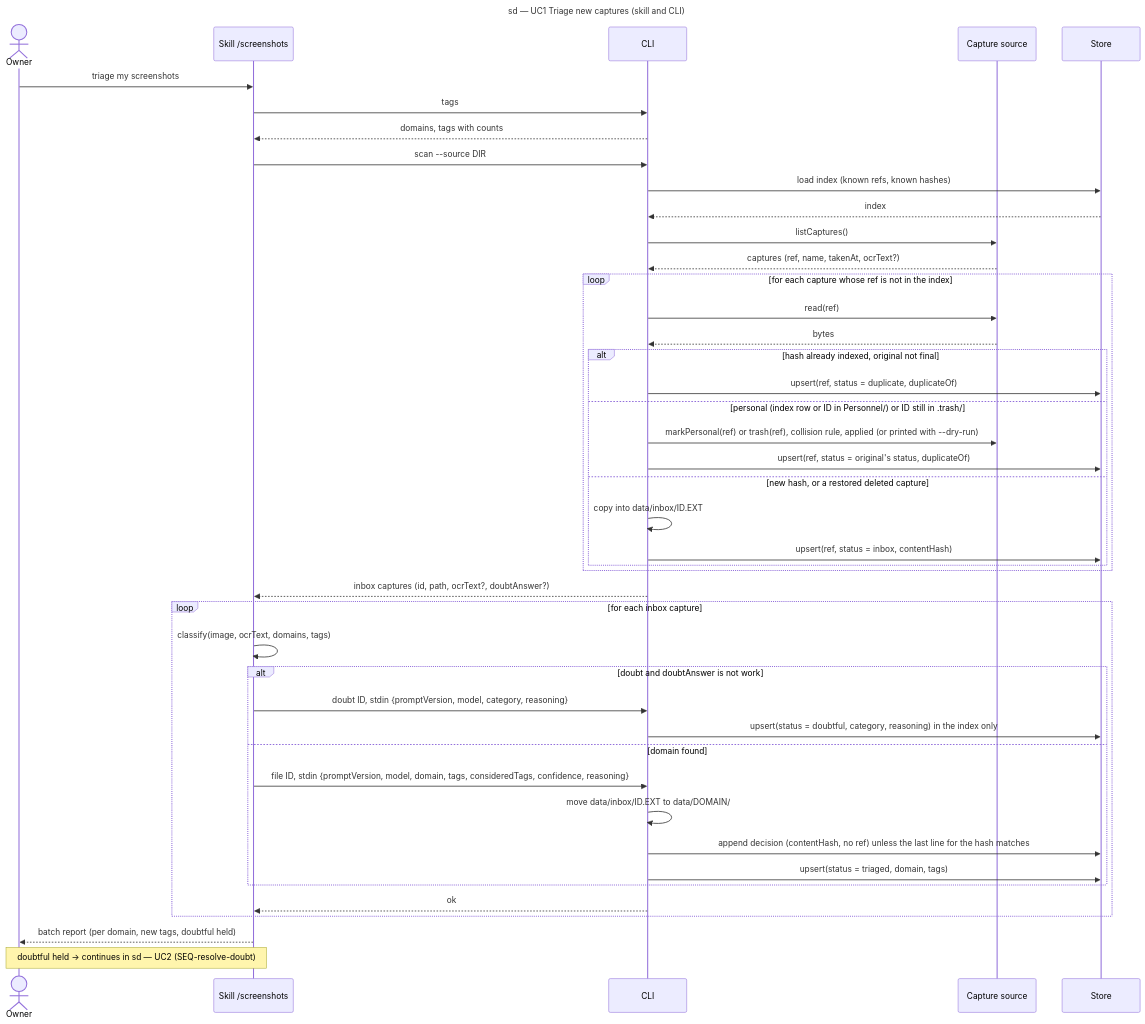
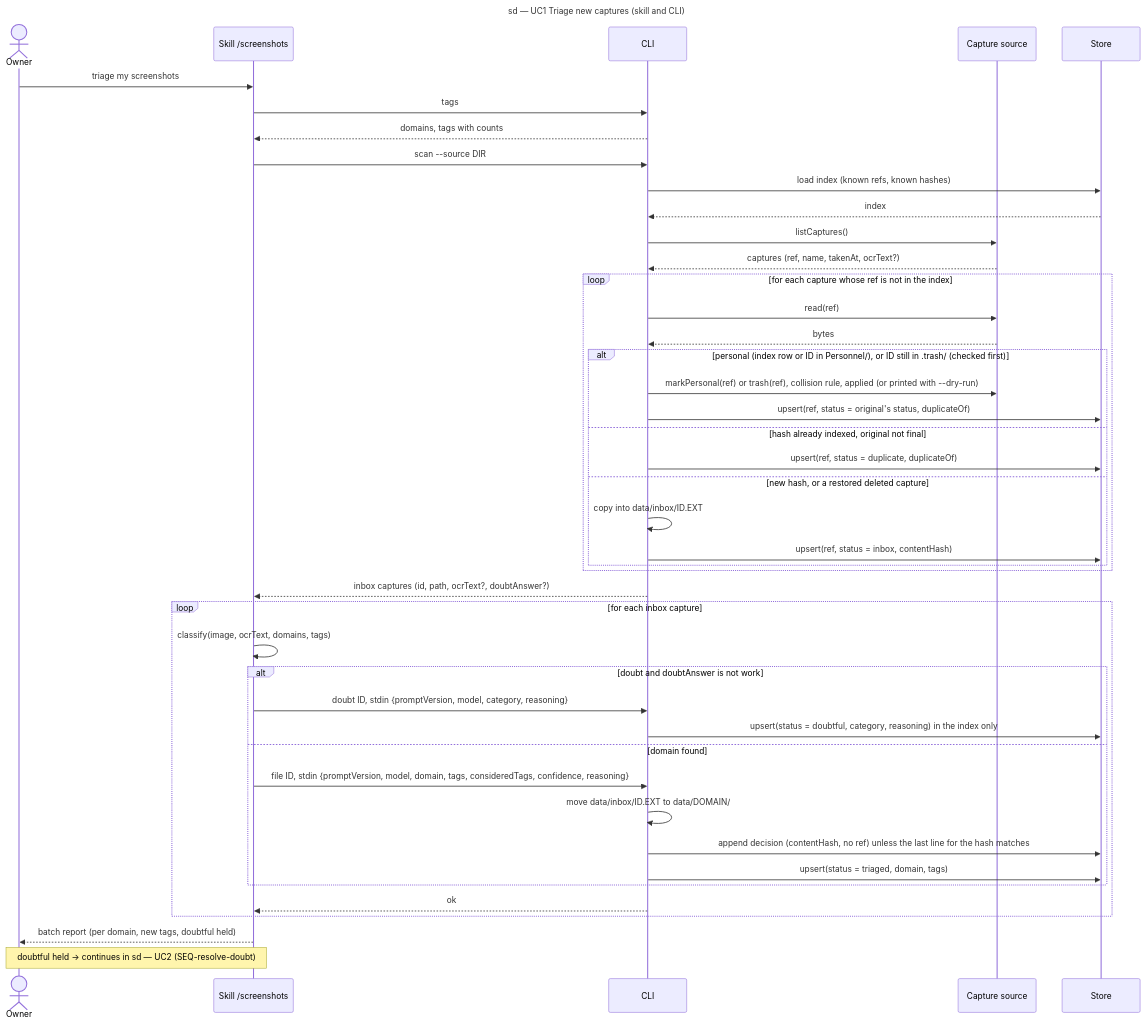
One commit to benoit-bremaud/screenshot-triage changed the diagram in docs/architecture/diagrams/triage/02-sequence-triage-batch.md. Above: the diagram before and after it, drawn with Mermaid. The commit also changed 2 other files, not shown here.

Commit message:
docs(triage/architecture): order the scan guards so Personal wins over Inbox
Round 9 of the adversarial review: the four scan guards are evaluated
Personal, Deleted, Duplicate, then Inbox as the else branch, so they are
mutually exclusive and a re-synced copy of a personal capture is never
copied into the inbox after data/ is lost (T-14).

Refs #2

````diff
--- a/docs/architecture/diagrams/triage/02-sequence-triage-batch.md
+++ b/docs/architecture/diagrams/triage/02-sequence-triage-batch.md
@@ -14,46 +14,46 @@
 ```mermaid
 sequenceDiagram
   title sd — UC1 Triage new captures (skill and CLI)
   actor Owner
   participant Skill as Skill /screenshots
   participant CLI as CLI
   participant Source as Capture source
   participant Store as Store
   Owner->>Skill: triage my screenshots
   Skill->>CLI: tags
   CLI-->>Skill: domains, tags with counts
   Skill->>CLI: scan --source DIR
   CLI->>Store: load index (known refs, known hashes)
   Store-->>CLI: index
   CLI->>Source: listCaptures()
   Source-->>CLI: captures (ref, name, takenAt, ocrText?)
   loop for each capture whose ref is not in the index
     CLI->>Source: read(ref)
     Source-->>CLI: bytes
-    alt hash already indexed, original not final
-      CLI->>Store: upsert(ref, status = duplicate, duplicateOf)
-    else personal (index row or ID in Personnel/) or ID still in .trash/
+    alt personal (index row or ID in Personnel/), or ID still in .trash/ (checked first)
       CLI->>Source: markPersonal(ref) or trash(ref), collision rule, applied (or printed with --dry-run)
       CLI->>Store: upsert(ref, status = original's status, duplicateOf)
+    else hash already indexed, original not final
+      CLI->>Store: upsert(ref, status = duplicate, duplicateOf)
     else new hash, or a restored deleted capture
       CLI->>CLI: copy into data/inbox/ID.EXT
       CLI->>Store: upsert(ref, status = inbox, contentHash)
     end
   end
   CLI-->>Skill: inbox captures (id, path, ocrText?, doubtAnswer?)
   loop for each inbox capture
     Skill->>Skill: classify(image, ocrText, domains, tags)
     alt doubt and doubtAnswer is not work
       Skill->>CLI: doubt ID, stdin {promptVersion, model, category, reasoning}
       CLI->>Store: upsert(status = doubtful, category, reasoning) in the index only
     else domain found
       Skill->>CLI: file ID, stdin {promptVersion, model, domain, tags, consideredTags, confidence, reasoning}
       CLI->>CLI: move data/inbox/ID.EXT to data/DOMAIN/
       CLI->>Store: append decision (contentHash, no ref) unless the last line for the hash matches
       CLI->>Store: upsert(status = triaged, domain, tags)
     end
     CLI-->>Skill: ok
   end
   Skill-->>Owner: batch report (per domain, new tags, doubtful held)
   Note over Owner,Skill: doubtful held → continues in sd — UC2 (SEQ-resolve-doubt)
 ```
````
